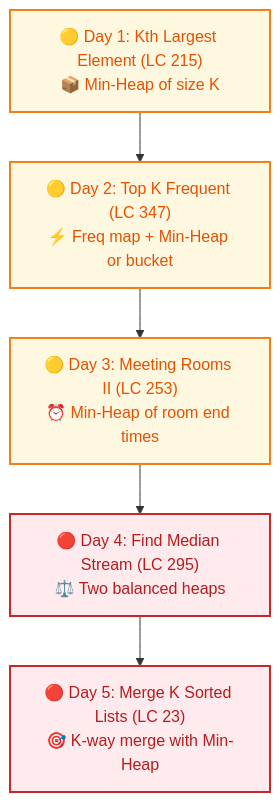
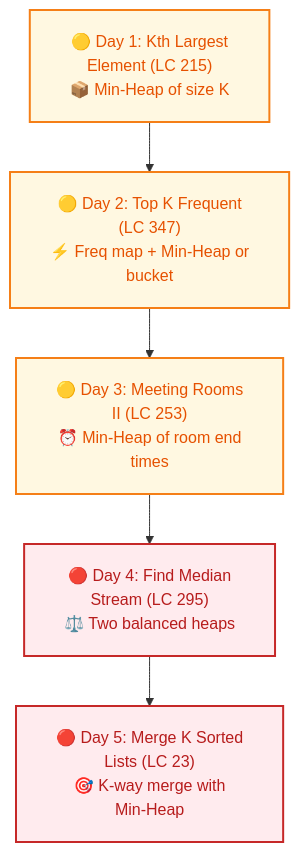
The sixth of 19 diagrams in Senior_dsa_question_list.md (dip4k/DSA_102), drawn with Mermaid before and after one commit. The commit also changed other lines of this file and 108 other files, not shown here.

First line of the commit message:
fix(mermaid): resolve diagram clipping, padding, and syntax issues across repo

````diff
--- a/Senior_dsa_question_list.md
+++ b/Senior_dsa_question_list.md
@@ -221,14 +226,15 @@
 ```mermaid
+%%{init: {"flowchart": {"htmlLabels": true, "padding": 20}}}%%
 flowchart TD
     classDef startNode fill:#e8f5e9,stroke:#2e7d32,stroke-width:2px,color:#1b5e20
     classDef midNode fill:#fff8e1,stroke:#f57f17,stroke-width:2px,color:#e65100
     classDef hardNode fill:#ffebee,stroke:#c62828,stroke-width:2px,color:#b71c1c
 
-    A["🟡 Day 1: Kth Largest Element (LC 215)<br/>📦 Min-Heap of size K"]:::midNode
-    B["🟡 Day 2: Top K Frequent (LC 347)<br/>⚡ Freq map + Min-Heap or bucket"]:::midNode
-    C["🟡 Day 3: Meeting Rooms II (LC 253)<br/>⏰ Min-Heap of room end times"]:::midNode
-    D["🔴 Day 4: Find Median Stream (LC 295)<br/>⚖️ Two balanced heaps"]:::hardNode
-    E["🔴 Day 5: Merge K Sorted Lists (LC 23)<br/>🎯 K-way merge with Min-Heap"]:::hardNode
+    A["🟡 Day 1: Kth Largest<br/>Element (LC 215)<br/>📦 Min-Heap of size K"]:::midNode
+    B["🟡 Day 2: Top K Frequent<br/>(LC 347)<br/>⚡ Freq map + Min-Heap or<br/>bucket"]:::midNode
+    C["🟡 Day 3: Meeting Rooms<br/>II (LC 253)<br/>⏰ Min-Heap of room end<br/>times"]:::midNode
+    D["🔴 Day 4: Find Median<br/>Stream (LC 295)<br/>⚖️ Two balanced heaps"]:::hardNode
+    E["🔴 Day 5: Merge K Sorted<br/>Lists (LC 23)<br/>🎯 K-way merge with<br/>Min-Heap"]:::hardNode
 
     A --> B --> C --> D --> E
 ```
````
